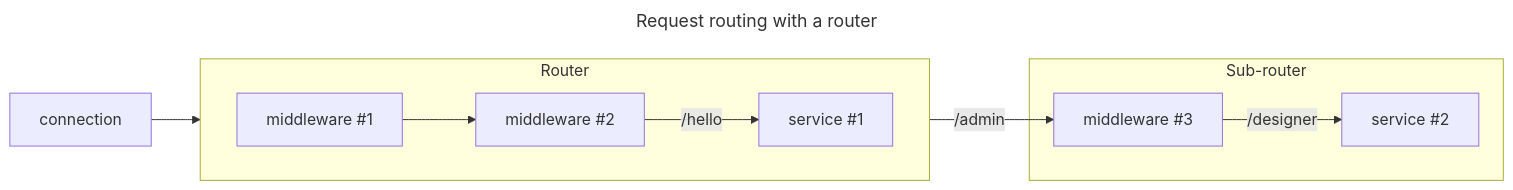
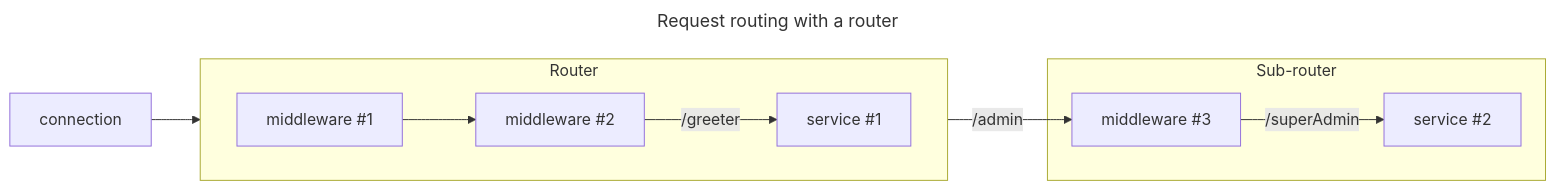
One commit to icerpc/icerpc-docs changed the diagram in pages/icerpc-core/dispatch/router.md. Above: the diagram before and after it, drawn with Mermaid. The commit also changed other lines of this file and 10 other files, not shown here.

````diff
--- a/pages/icerpc-core/dispatch/router.md
+++ b/pages/icerpc-core/dispatch/router.md
@@ -11,15 +11,15 @@
 ```mermaid
 ---
 title: Request routing with a router
 ---
 flowchart LR
     subgraph Router
     direction LR
-    m1["middleware #1"] --> m2["middleware #2"] -- /hello --> s1["service #1"]
+    m1["middleware #1"] --> m2["middleware #2"] -- /greeter --> s1["service #1"]
     end
     subgraph Sub-router
-    m3["middleware #3"] -- /designer --> s2["service #2"]
+    m3["middleware #3"] -- /superAdmin --> s2["service #2"]
     end
     m2 -- /admin --> m3
     connection --> m1
 ```
````
